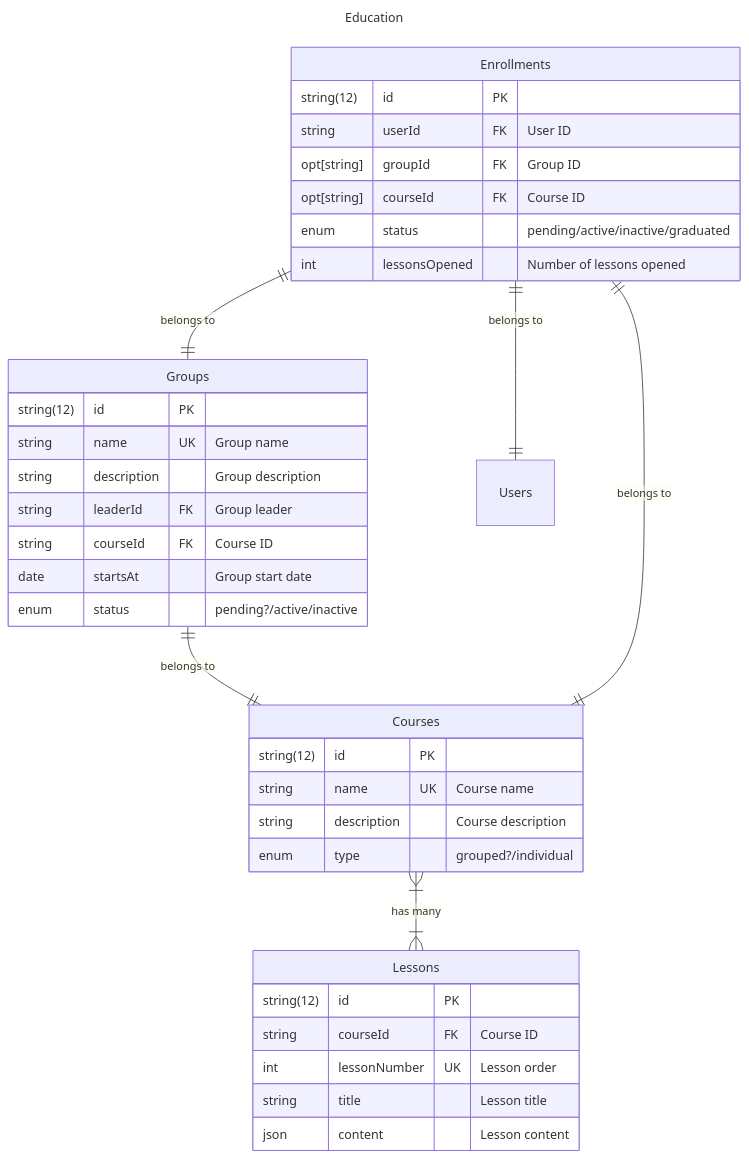
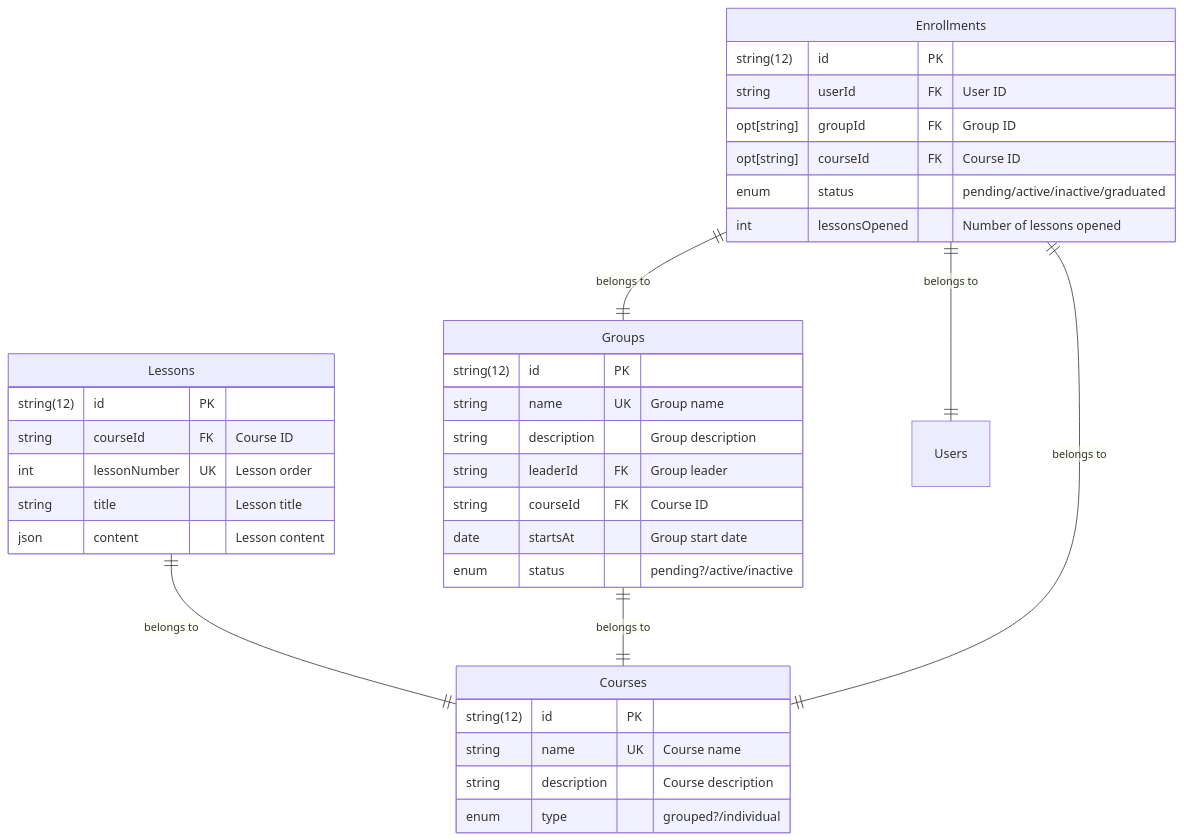
One commit to akdasa-studios/vidya changed the second of 2 diagrams in docs/Entity Relationship Diagram.md. Above: the diagram before and after it, drawn with Mermaid. The commit also changed other lines of this file and 1 other file, not shown here.

Commit message:
docs(project): update Entity Relationship Diagram and index

````diff
--- a/docs/Entity Relationship Diagram.md
+++ b/docs/Entity Relationship Diagram.md
@@ -25,45 +72,42 @@
 ```mermaid
----
-title: Education
----
 erDiagram
     Courses {
         string(12) id PK
         string name UK "Course name"
         string description "Course description"
         enum type "grouped?/individual"
     }
 
     Groups {
         string(12) id PK
         string name UK "Group name"
         string description "Group description"
         string leaderId FK "Group leader"
         string courseId FK "Course ID"
         date startsAt "Group start date"
         enum status "pending?/active/inactive"
     }
 
     Enrollments {
         string(12) id PK
         string userId FK "User ID"
         opt[string] groupId FK "Group ID"
         opt[string] courseId FK "Course ID"
         enum status "pending/active/inactive/graduated"
         int lessonsOpened "Number of lessons opened"
     }
 
     Lessons {
         string(12) id PK
         string courseId FK "Course ID"
         int lessonNumber UK "Lesson order"
         string title "Lesson title"
         json content "Lesson content"
     }
 
-    Courses }|--|{ Lessons : "has many"
+    Lessons ||--|| Courses : "belongs to"
     Groups ||--|| Courses : "belongs to"
     Enrollments ||--|| Users : "belongs to"
     Enrollments ||--|| Groups : "belongs to"
     Enrollments ||--|| Courses : "belongs to"
 ```
````
